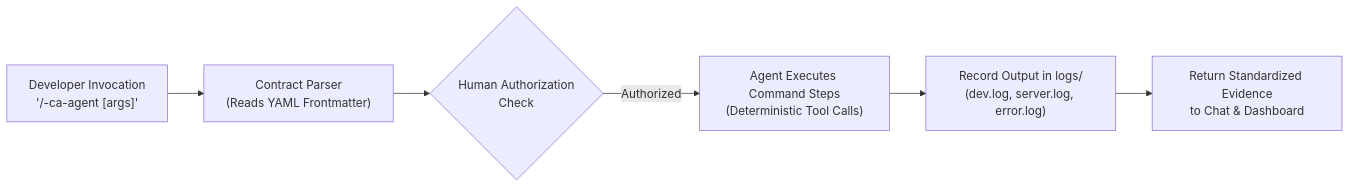
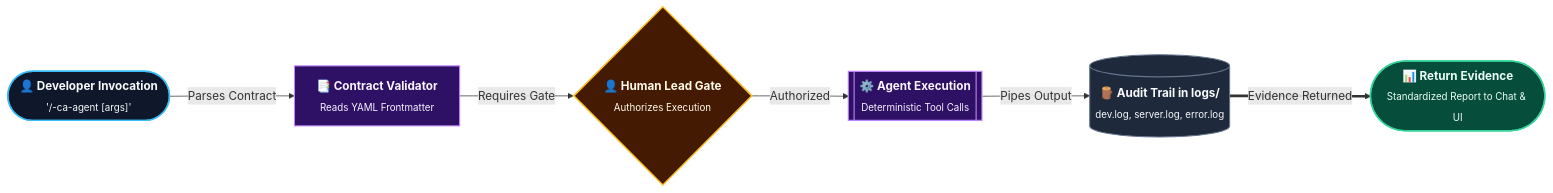
Before and after one commit to rmsofficialsyt/Agentic-AI-Vibe-Coding-AND-SDD-TDD-Codebase-Chandan-Adhikary: the second of 2 diagrams in Vibe-Coding-Chandan-Adhikary/Vibe-Coding/.agents/commands/README.md, drawn with Mermaid. The commit also changed other lines of this file and 23 other files, not shown here.

Commit message:
docs: redesign diagrams to Eraser.io visual style and regenerate MANIFEST.json

````diff
--- a/Vibe-Coding-Chandan-Adhikary/Vibe-Coding/.agents/commands/README.md
+++ b/Vibe-Coding-Chandan-Adhikary/Vibe-Coding/.agents/commands/README.md
@@ -70,8 +70,14 @@
 ```mermaid
 flowchart LR
-    DevPrompt["Developer Invocation<br/>'/<name>-ca-agent [args]'"] --> Validator["Contract Parser<br/>(Reads YAML Frontmatter)"]
-    Validator --> HumanGate{"Human Authorization<br/>Check"}
-    HumanGate -->|"Authorized"| Execution["Agent Executes Command Steps<br/>(Deterministic Tool Calls)"]
-    Execution --> DevLog["Record Output in logs/<br/>(dev.log, server.log, error.log)"]
-    DevLog --> ReportResult["Return Standardized Evidence<br/>to Chat & Dashboard"]
+    classDef dev fill:#0f172a,stroke:#38bdf8,stroke-width:2px,color:#f8fafc;
+    classDef gate fill:#451a03,stroke:#fbbf24,stroke-width:2px,color:#fffbeb;
+    classDef exec fill:#2e1065,stroke:#c084fc,stroke-width:1.5px,color:#faf5ff;
+    classDef log fill:#1e293b,stroke:#64748b,stroke-width:1.5px,color:#f8fafc;
+    classDef report fill:#064e3b,stroke:#34d399,stroke-width:2px,color:#ecfdf5;
+
+    DevPrompt(["<b>👤 Developer Invocation</b><br/><sub>'/<name>-ca-agent [args]'</sub>"]):::dev -->|"Parses Contract"| Validator["<b>📑 Contract Validator</b><br/><sub>Reads YAML Frontmatter</sub>"]:::exec
+    Validator -->|"Requires Gate"| HumanGate{"<b>👤 Human Lead Gate</b><br/><sub>Authorizes Execution</sub>"}:::gate
+    HumanGate -->|"Authorized"| Execution[["<b>⚙️ Agent Execution</b><br/><sub>Deterministic Tool Calls</sub>"]]:::exec
+    Execution -->|"Pipes Output"| DevLog[("<b>🪵 Audit Trail in logs/</b><br/><sub>dev.log, server.log, error.log</sub>")]:::log
+    DevLog ==>|"Evidence Returned"| ReportResult(["<b>📊 Return Evidence</b><br/><sub>Standardized Report to Chat & UI</sub>"]):::report
 ```
````
